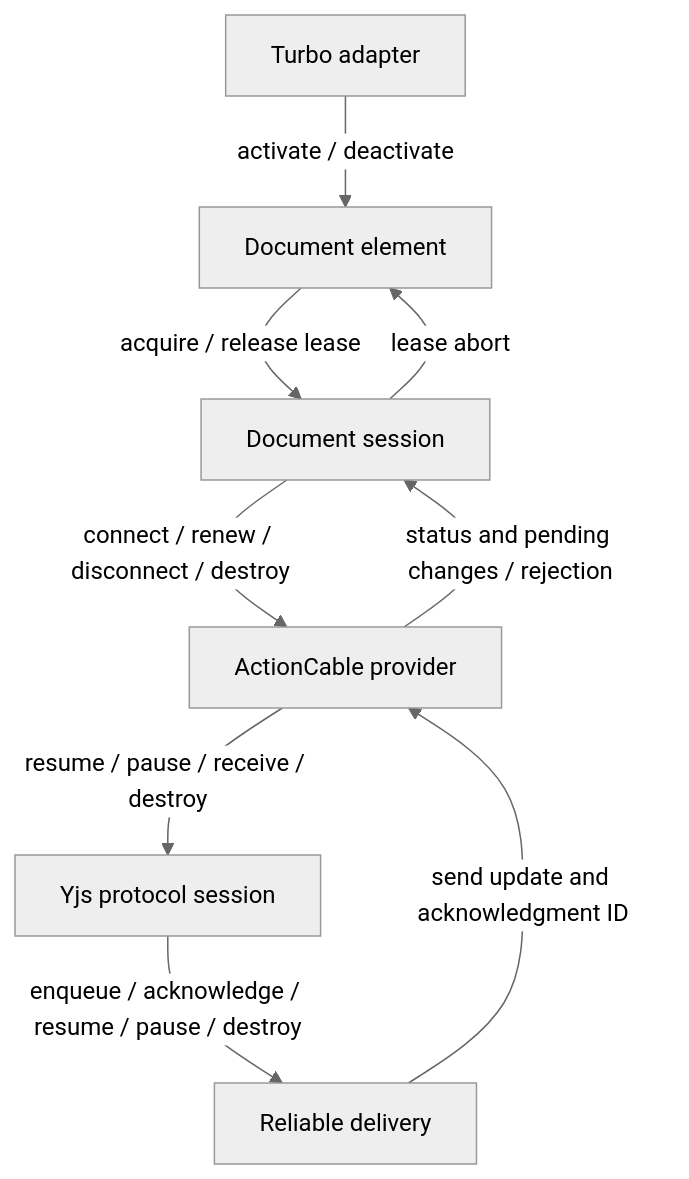
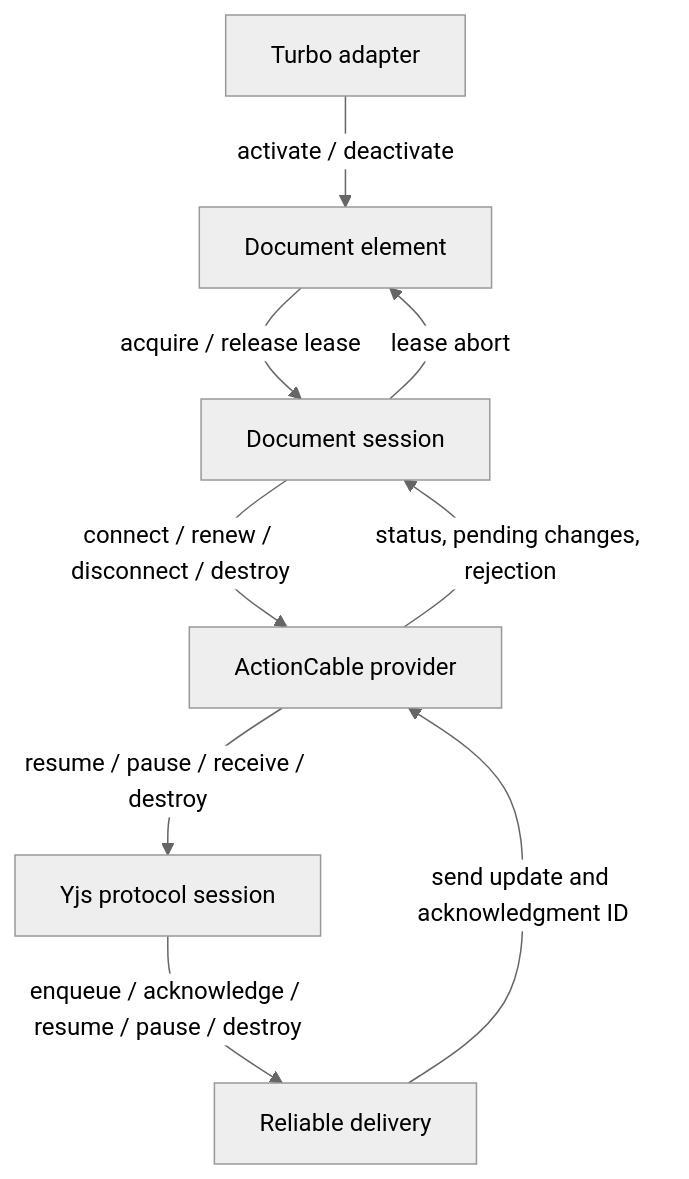
Before and after one commit to jpcamara/yrby: the diagram in packages/client/LIFECYCLE.md, drawn with Mermaid (neutral theme). The commit also changed other lines of this file and 45 other files, not shown here.

````diff
--- a/packages/client/LIFECYCLE.md
+++ b/packages/client/LIFECYCLE.md
@@ -19,11 +19,11 @@
 ```mermaid
 flowchart TD
   Turbo[Turbo adapter] -->|activate / deactivate| Element[Document element]
   Element -->|acquire / release lease| Session[Document session]
   Session -->|lease abort| Element
   Session -->|connect / renew / disconnect / destroy| Provider[ActionCable provider]
-  Provider -->|status and pending changes / rejection| Session
+  Provider -->|status, pending changes, rejection| Session
   Provider -->|resume / pause / receive / destroy| Protocol[Yjs protocol session]
   Protocol -->|enqueue / acknowledge / resume / pause / destroy| Delivery[Reliable delivery]
   Delivery -->|send update and acknowledgment ID| Provider
 ```
````
